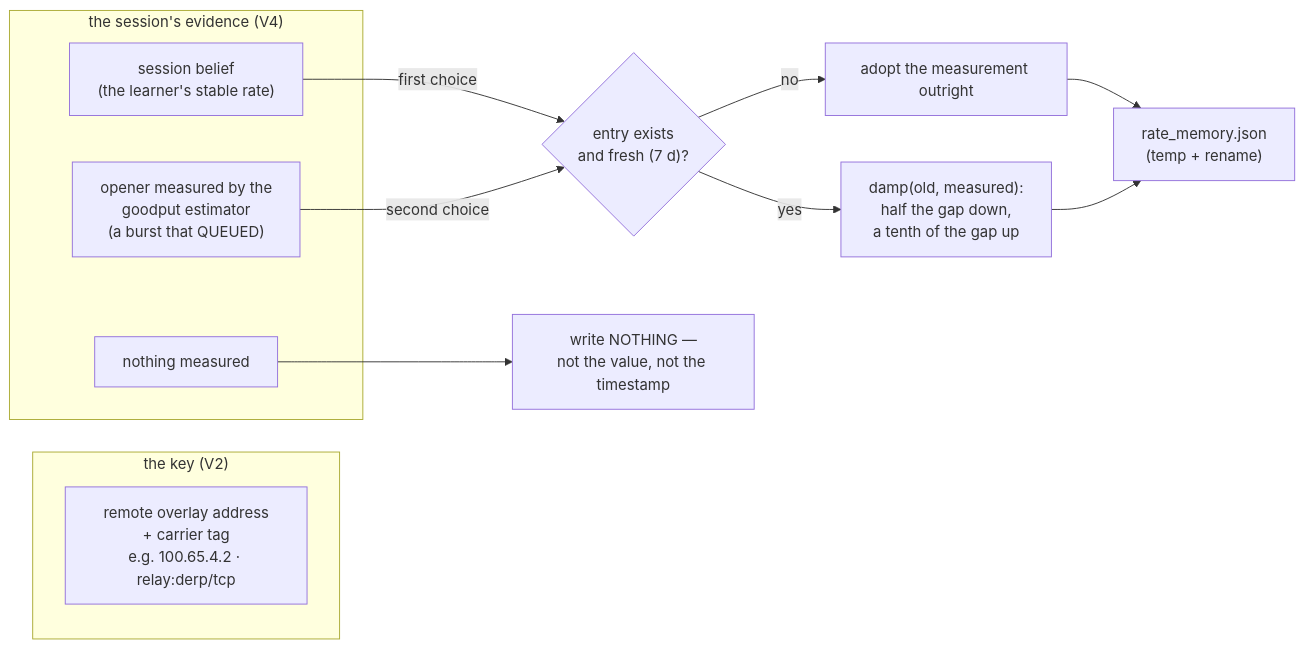
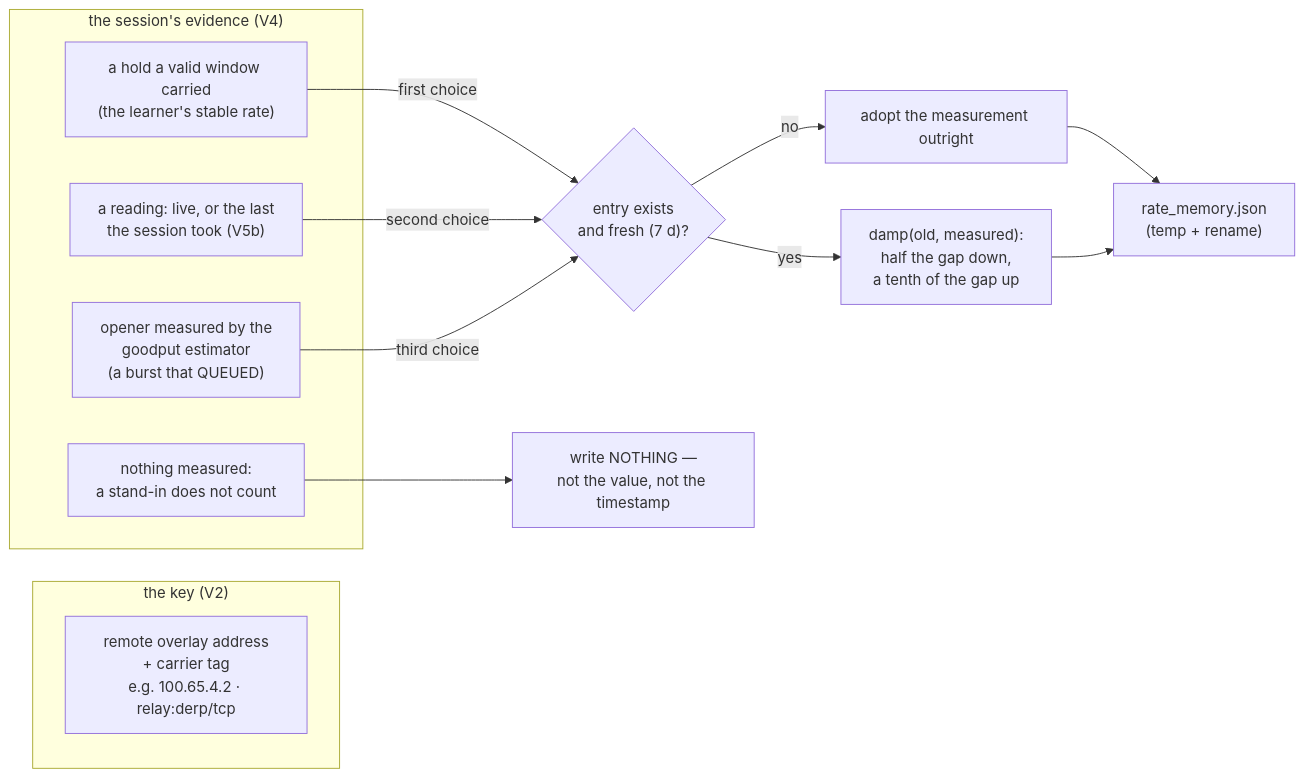
The fifth of 11 diagrams in docs/rate-control.md (gjovanov/roomler-ai), drawn with Mermaid before and after one commit. The commit also changed other lines of this file and 43 other files, not shown here.

````diff
--- a/docs/rate-control.md
+++ b/docs/rate-control.md
@@ -460,17 +525,19 @@
 ```mermaid
 flowchart LR
     subgraph key["the key (V2)"]
         K["remote overlay address<br/>+ carrier tag<br/>e.g. 100.65.4.2 · relay:derp/tcp"]
     end
     subgraph evidence["the session's evidence (V4)"]
-        B["session belief<br/>(the learner's stable rate)"]
+        B["a hold a valid window carried<br/>(the learner's stable rate)"]
+        L["a reading: live, or the last<br/>the session took (V5b)"]
         O["opener measured by the<br/>goodput estimator<br/>(a burst that QUEUED)"]
-        N["nothing measured"]
+        N["nothing measured:<br/>a stand-in does not count"]
     end
     B -- "first choice" --> D{"entry exists<br/>and fresh (7 d)?"}
-    O -- "second choice" --> D
+    L -- "second choice" --> D
+    O -- "third choice" --> D
     N --> Z["write NOTHING —<br/>not the value, not the timestamp"]
     D -- no --> AD["adopt the measurement outright"]
     D -- yes --> DM["damp(old, measured):<br/>half the gap down,<br/>a tenth of the gap up"]
     AD & DM --> F["rate_memory.json<br/>(temp + rename)"]
 ```
````
